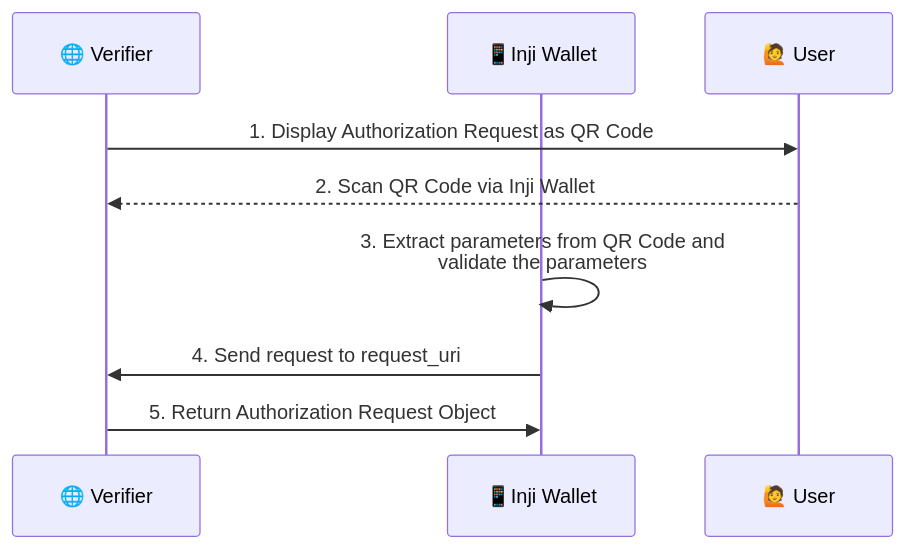
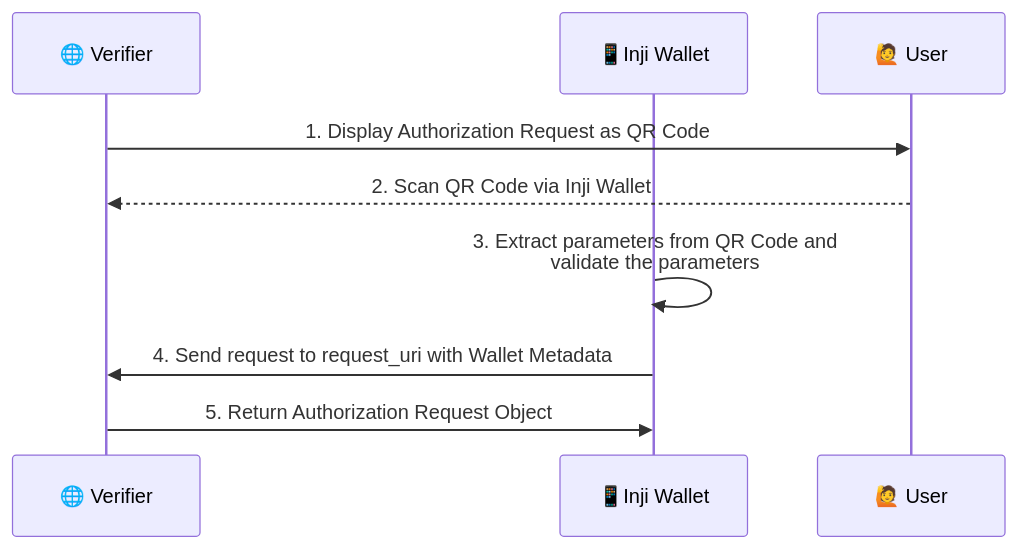
The first of 2 diagrams in docs/openid4vp/openid4vp-support.md (inji/inji-wallet), drawn with Mermaid before and after one commit. The commit also changed other lines of this file and 2 other files, not shown here.

````diff
--- a/docs/openid4vp/openid4vp-support.md
+++ b/docs/openid4vp/openid4vp-support.md
@@ -35,12 +35,12 @@
   ```mermaid
   sequenceDiagram
     participant Verifier as 🌐 Verifier
     participant Inji_Wallet as 📱Inji Wallet
     participant User as 🙋 User
 
     Verifier->>User: 1. Display Authorization Request as QR Code
     User-->>Verifier: 2. Scan QR Code via Inji Wallet
     Inji_Wallet->>Inji_Wallet: 3. Extract parameters from QR Code and<br/> validate the parameters
-    Inji_Wallet->>Verifier: 4. Send request to request_uri
+    Inji_Wallet->>Verifier: 4. Send request to request_uri with Wallet Metadata
     Verifier->>Inji_Wallet: 5. Return Authorization Request Object
   ```
````
